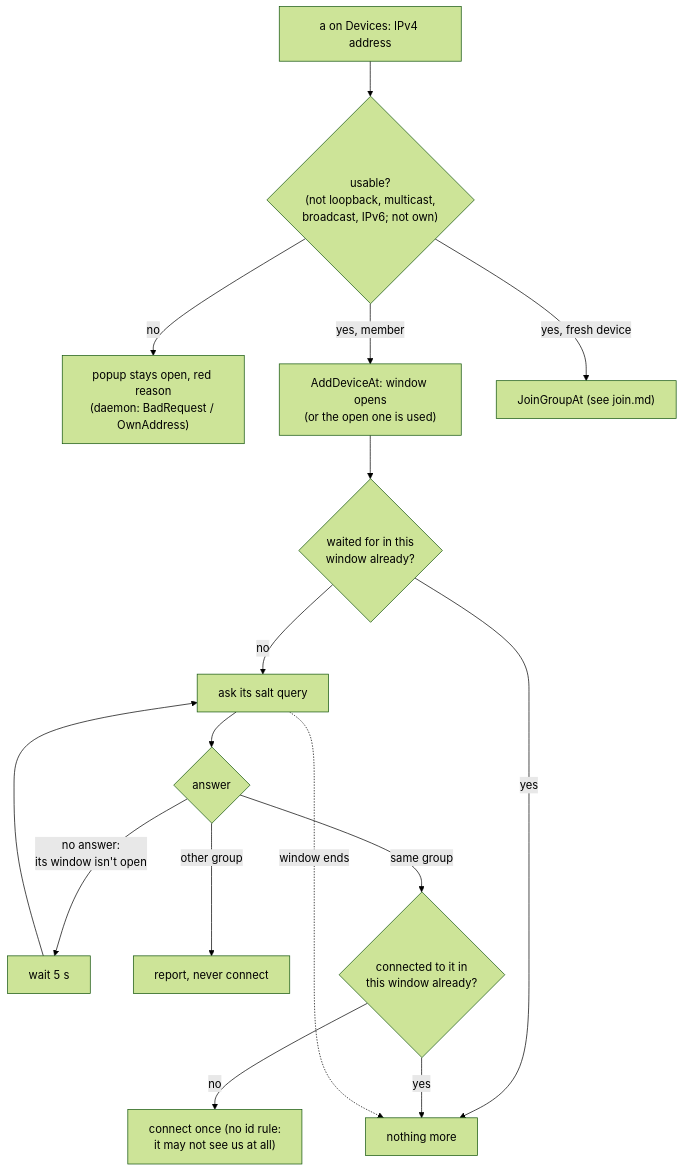
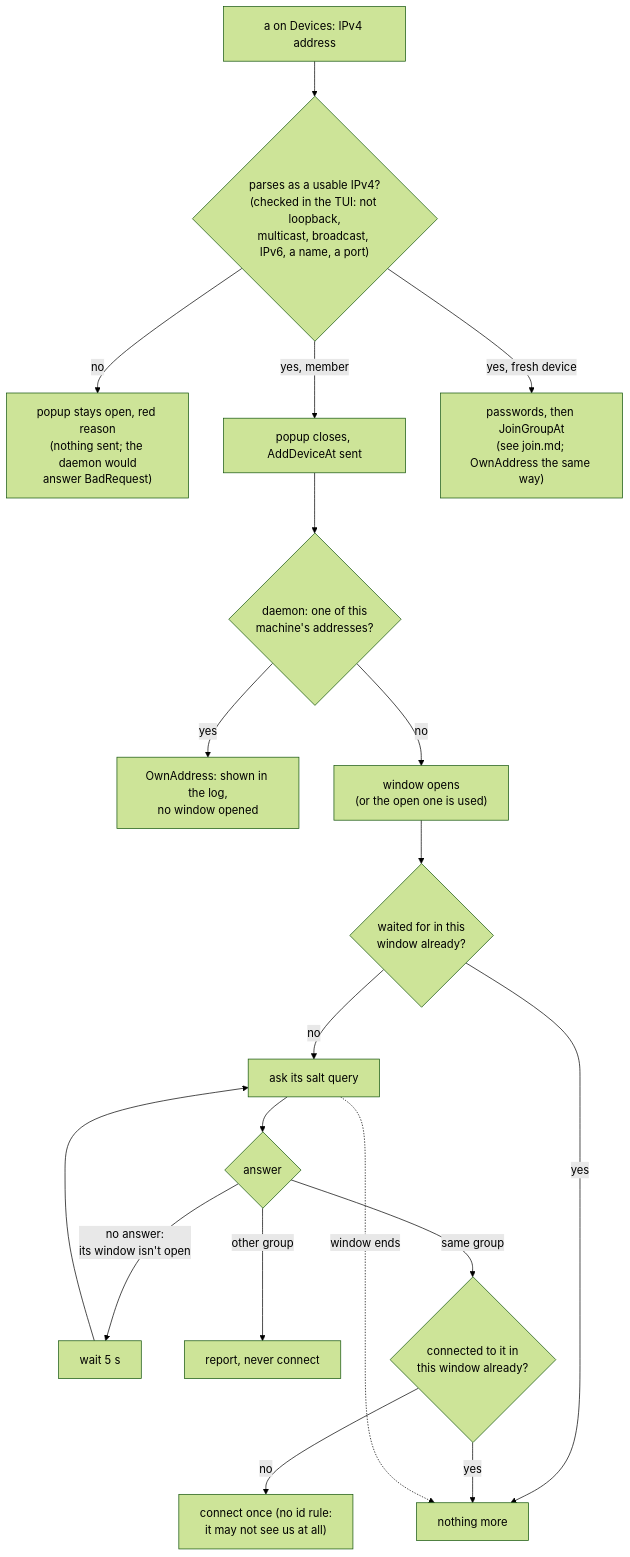
Before and after one commit to czarekkdev/cesaconn: the second of 3 diagrams in docs/diagrams/add-device.md, drawn with Mermaid (forest theme). The commit also changed other lines of this file and 10 other files, not shown here.

First line of the commit message:
docs(diagrams): match the code on the review points

````diff
--- a/docs/diagrams/add-device.md
+++ b/docs/diagrams/add-device.md
@@ -31,17 +33,20 @@
 ```mermaid
 flowchart TB
-    a["a on Devices: IPv4 address"] --> valid{"usable?<br/>(not loopback, multicast,<br/>broadcast, IPv6; not own)"}
-    valid -- no --> red["popup stays open, red reason<br/>(daemon: BadRequest / OwnAddress)"]
-    valid -- "yes, member" --> win["AddDeviceAt: window opens<br/>(or the open one is used)"]
-    valid -- "yes, fresh device" --> joinat["JoinGroupAt (see join.md)"]
+    a["a on Devices: IPv4 address"] --> valid{"parses as a usable IPv4?<br/>(checked in the TUI: not loopback,<br/>multicast, broadcast, IPv6, a name, a port)"}
+    valid -- no --> red["popup stays open, red reason<br/>(nothing sent; the daemon would<br/>answer BadRequest)"]
+    valid -- "yes, member" --> sent["popup closes, AddDeviceAt sent"]
+    sent --> own{"daemon: one of this<br/>machine's addresses?"}
+    own -- yes --> ownerr["OwnAddress: shown in the log,<br/>no window opened"]
+    own -- no --> win["window opens<br/>(or the open one is used)"]
+    valid -- "yes, fresh device" --> joinat["passwords, then JoinGroupAt<br/>(see join.md; OwnAddress the same way)"]
     win --> typed{"waited for in this<br/>window already?"}
     typed -- yes --> done["nothing more"]
     typed -- no --> poll["ask its salt query"]
     poll --> grp{"answer"}
     grp -- "no answer:<br/>its window isn't open" --> sleep["wait 5 s"] --> poll
     grp -- "other group" --> other2["report, never connect"]
     grp -- "same group" --> conn{"connected to it in<br/>this window already?"}
     conn -- no --> go["connect once (no id rule:<br/>it may not see us at all)"]
     conn -- yes --> done
     poll -. "window ends" .-> done
 ```
````
